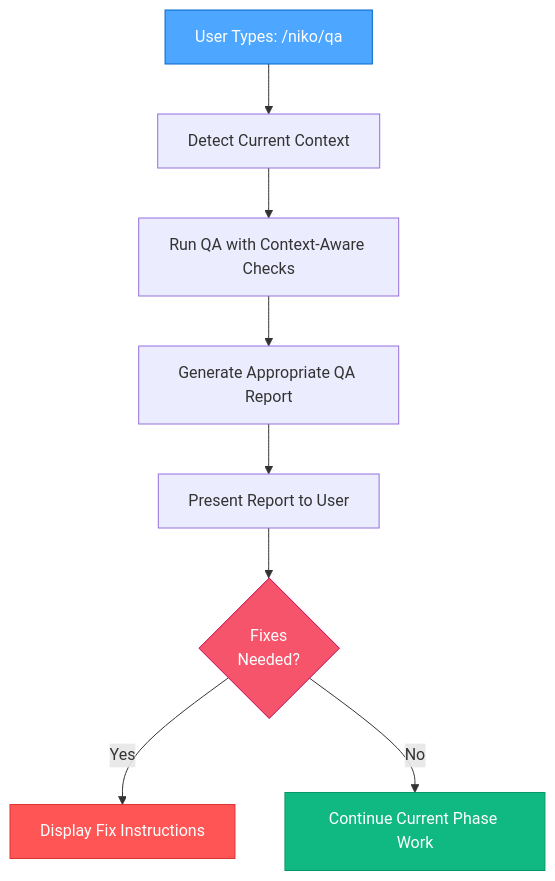
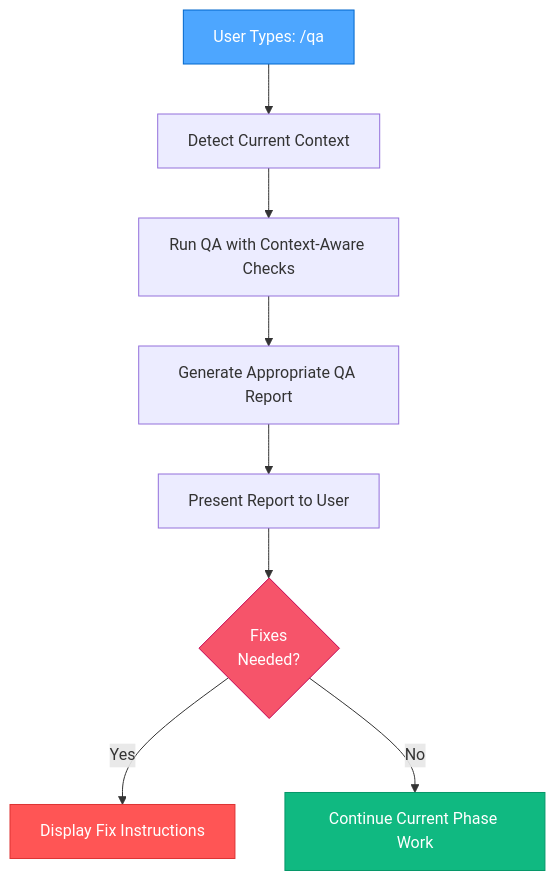
The tenth of 10 diagrams in rulesets/niko/niko/visual-maps/qa-mode-map.mdc (Texarkanine/.cursor-rules), drawn with Mermaid before and after one commit. The commit also changed 24 other files, not shown here.

````diff
--- a/rulesets/niko/niko/visual-maps/qa-mode-map.mdc
+++ b/rulesets/niko/niko/visual-maps/qa-mode-map.mdc
@@ -478,16 +478,16 @@
 ```mermaid
 graph TD
-    Start["User Types: /niko/qa"] --> DetectContext["Detect Current Context"]
+    Start["User Types: /qa"] --> DetectContext["Detect Current Context"]
     DetectContext --> RunQA["Run QA with Context-Aware Checks"]
     RunQA --> GenerateReport["Generate Appropriate QA Report"]
     GenerateReport --> UserResponse["Present Report to User"]
     
     UserResponse --> FixNeeded{"Fixes<br>Needed?"}
     FixNeeded -->|"Yes"| SuggestFixes["Display Fix Instructions"]
     FixNeeded -->|"No"| ContinueWork["Continue Current Phase Work"]
     
     style Start fill:#4da6ff,stroke:#0066cc,color:white
     style FixNeeded fill:#f6546a,stroke:#c30052,color:white
     style SuggestFixes fill:#ff5555,stroke:#dd3333,color:white
     style ContinueWork fill:#10b981,stroke:#059669,color:white
 ```
````
